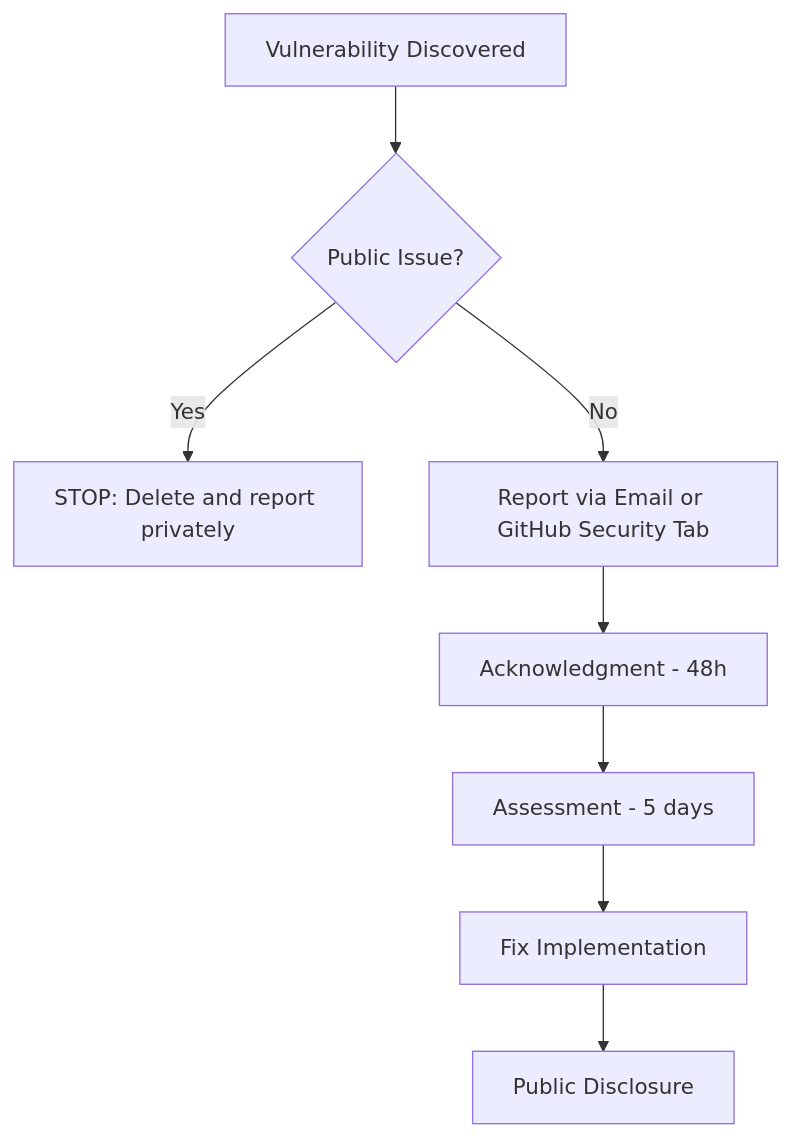
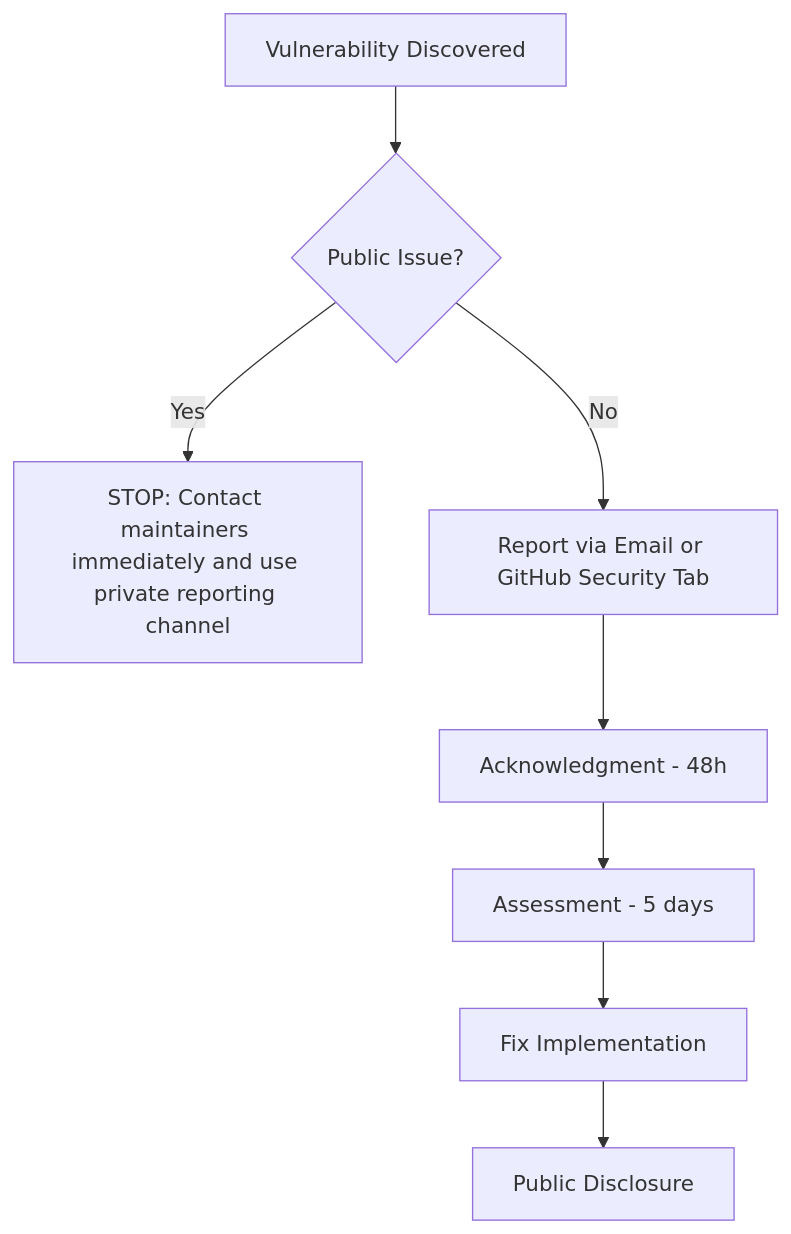
One commit to blixten85/repo-standard changed the first of 2 diagrams in .cubic/wiki/03-section-core-features/03-page-security-policy.md. Above: the diagram before and after it, drawn with Mermaid. The commit also changed 18 other files, not shown here.

````diff
--- a/.cubic/wiki/03-section-core-features/03-page-security-policy.md
+++ b/.cubic/wiki/03-section-core-features/03-page-security-policy.md
@@ -46,10 +46,10 @@
 ```mermaid
 flowchart TD
     A[Vulnerability Discovered] --> B{Public Issue?}
-    B -- Yes --> C[STOP: Delete and report privately]
+    B -- Yes --> C[STOP: Contact maintainers immediately and use private reporting channel]
     B -- No --> D[Report via Email or GitHub Security Tab]
     D --> E[Acknowledgment - 48h]
     E --> F[Assessment - 5 days]
     F --> G[Fix Implementation]
     G --> H[Public Disclosure]
 ```
````
